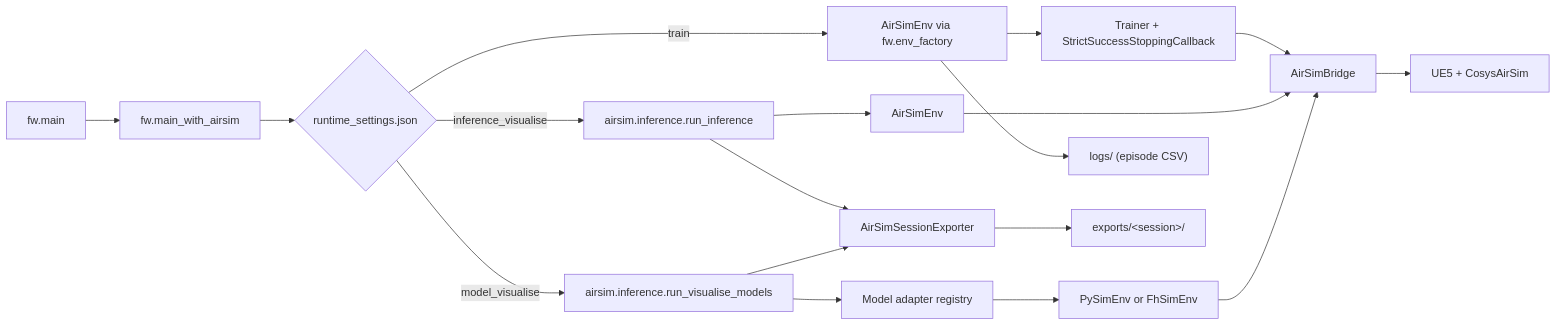
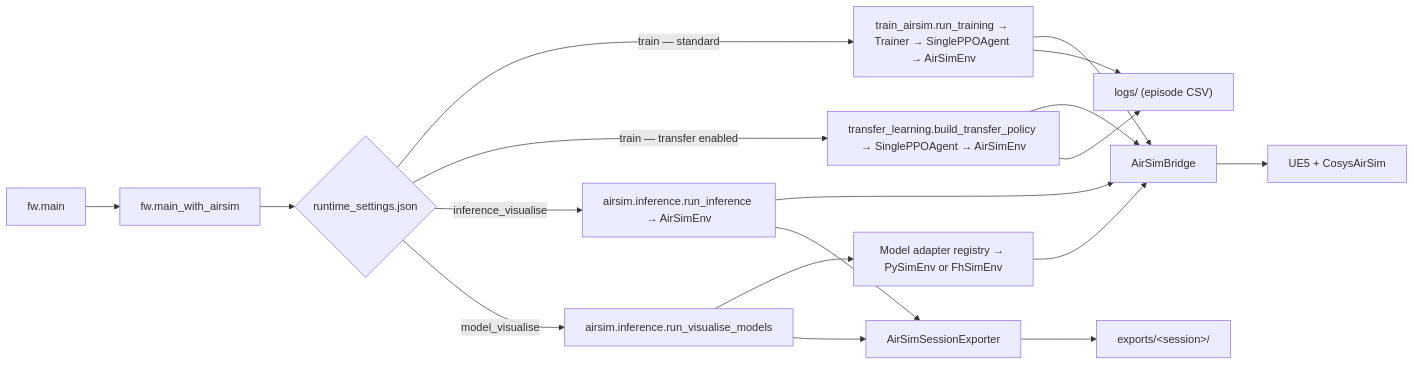
One commit to UAntwerpM4S/RudoLF changed the first of 2 diagrams in src/airsim/README.md. Above: the diagram before and after it, drawn with Mermaid. The commit also changed other lines of this file and 12 other files, not shown here.

Commit message:
sprint 10-12 first final version: add transfer learning, stability tests, cosysairsim package, and config/doc overhaul

````diff
--- a/src/airsim/README.md
+++ b/src/airsim/README.md
@@ -41,24 +41,24 @@
 ```mermaid
 flowchart LR
     A["fw.main"] --> B["fw.main_with_airsim"]
     B --> C{"runtime_settings.json"}
 
-    C -->|train| D["AirSimEnv via fw.env_factory"]
-    D --> E["Trainer + StrictSuccessStoppingCallback"]
-    E --> F["AirSimBridge"]
+    C -->|train — standard| D["train_airsim.run_training → Trainer → SinglePPOAgent → AirSimEnv"]
+    C -->|train — transfer enabled| TL["transfer_learning.build_transfer_policy → SinglePPOAgent → AirSimEnv"]
+    D --> F["AirSimBridge"]
+    TL --> F
     F --> G["UE5 + CosysAirSim"]
 
-    C -->|inference_visualise| H["airsim.inference.run_inference"]
-    H --> I["AirSimEnv"]
-    I --> F
+    C -->|inference_visualise| H["airsim.inference.run_inference → AirSimEnv"]
+    H --> F
 
     C -->|model_visualise| J["airsim.inference.run_visualise_models"]
-    J --> K["Model adapter registry"]
-    K --> L["PySimEnv or FhSimEnv"]
-    L --> F
+    J --> K["Model adapter registry → PySimEnv or FhSimEnv"]
+    K --> F
 
     D --> M["logs/ (episode CSV)"]
+    TL --> M
     H --> N["AirSimSessionExporter"]
     J --> N
     N --> O["exports/&lt;session&gt;/"]
 ```
````
